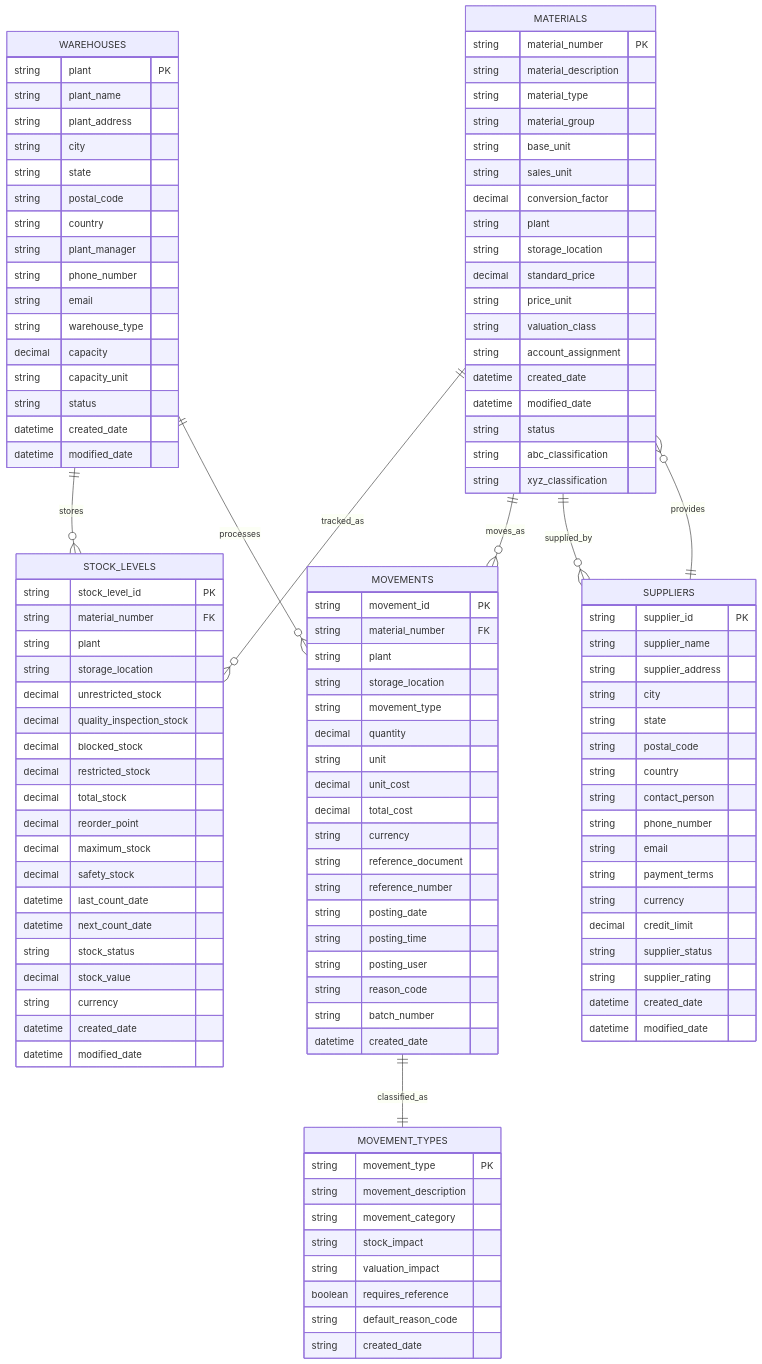
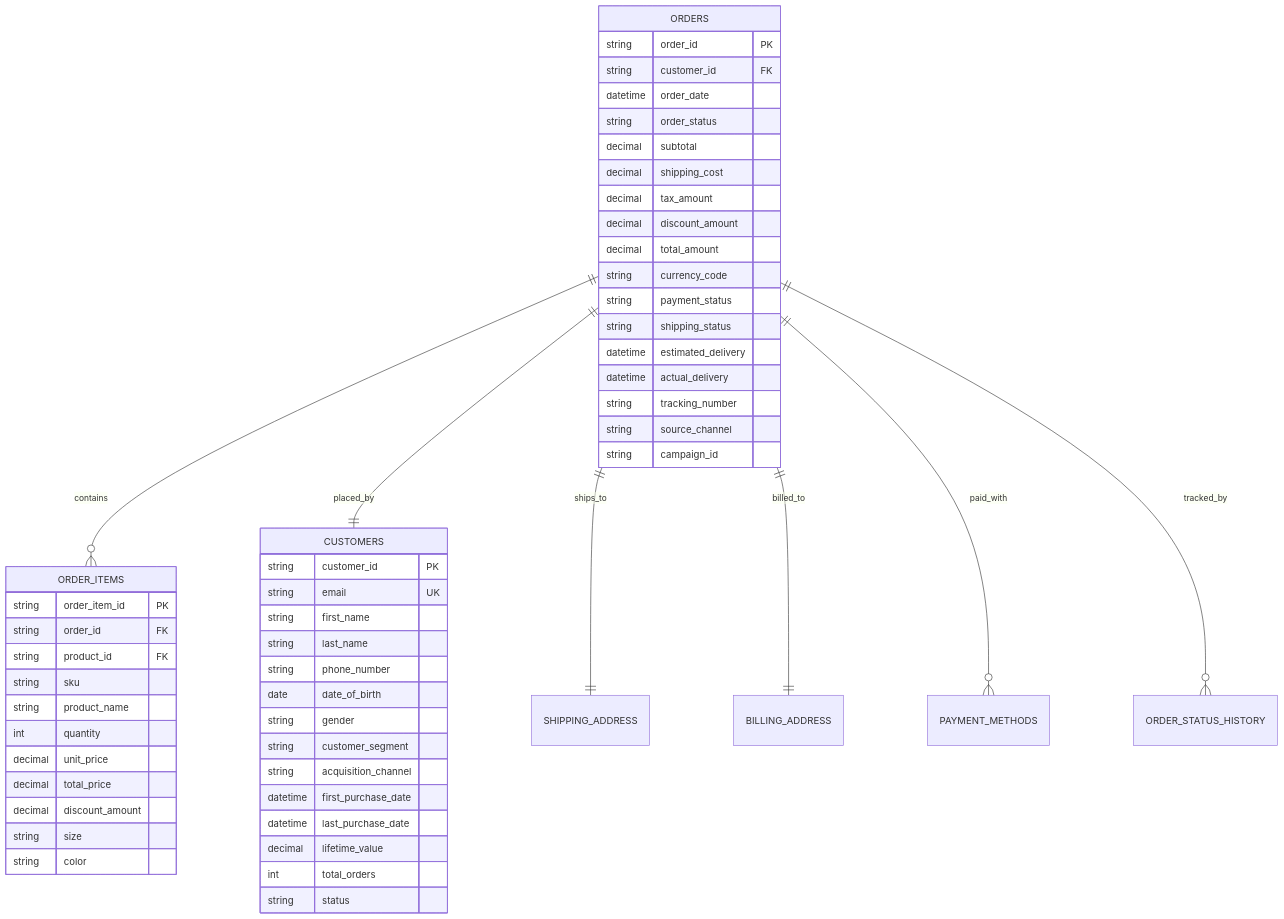
The fifth of 13 diagrams in project flow retail.md (EdukronCodes/Data-Engineering-Notes), drawn with Mermaid before and after one commit. The commit also changed other lines of this file, not shown here.

Commit message:
Update project flow retail.md

````diff
--- a/project flow retail.md
+++ b/project flow retail.md
@@ -866,124 +372,60 @@
 ```mermaid
 erDiagram
-    MATERIALS ||--o{ STOCK_LEVELS : tracked_as
-    MATERIALS ||--o{ MOVEMENTS : moves_as
-    MATERIALS ||--o{ SUPPLIERS : supplied_by
-    WAREHOUSES ||--o{ STOCK_LEVELS : stores
-    WAREHOUSES ||--o{ MOVEMENTS : processes
-    SUPPLIERS ||--o{ MATERIALS : provides
-    MOVEMENTS ||--|| MOVEMENT_TYPES : classified_as
+    ORDERS ||--o{ ORDER_ITEMS : contains
+    ORDERS ||--|| CUSTOMERS : placed_by
+    ORDERS ||--|| SHIPPING_ADDRESS : ships_to
+    ORDERS ||--|| BILLING_ADDRESS : billed_to
+    ORDERS ||--o{ PAYMENT_METHODS : paid_with
+    ORDERS ||--o{ ORDER_STATUS_HISTORY : tracked_by
     
-    MATERIALS {
-        string material_number PK
-        string material_description
-        string material_type
-        string material_group
-        string base_unit
-        string sales_unit
-        decimal conversion_factor
-        string plant
-        string storage_location
-        decimal standard_price
-        string price_unit
-        string valuation_class
-        string account_assignment
-        datetime created_date
-        datetime modified_date
-        string status
-        string abc_classification
-        string xyz_classification
+    ORDERS {
+        string order_id PK
+        string customer_id FK
+        datetime order_date
+        string order_status
+        decimal subtotal
+        decimal shipping_cost
+        decimal tax_amount
+        decimal discount_amount
+        decimal total_amount
+        string currency_code
+        string payment_status
+        string shipping_status
+        datetime estimated_delivery
+        datetime actual_delivery
+        string tracking_number
+        string source_channel
+        string campaign_id
     }
     
-    STOCK_LEVELS {
-        string stock_level_id PK
-        string material_number FK
-        string plant
-        string storage_location
-        decimal unrestricted_stock
-        decimal quality_inspection_stock
-        decimal blocked_stock
-        decimal restricted_stock
-        decimal total_stock
-        decimal reorder_point
-        decimal maximum_stock
-        decimal safety_stock
-        datetime last_count_date
-        datetime next_count_date
-        string stock_status
-        decimal stock_value
-        string currency
-        datetime created_date
-        datetime modified_date
+    ORDER_ITEMS {
+        string order_item_id PK
+        string order_id FK
+        string product_id FK
+        string sku
+        string product_name
+        int quantity
+        decimal unit_price
+        decimal total_price
+        decimal discount_amount
+        string size
+        string color
     }
     
-    MOVEMENTS {
-        string movement_id PK
-        string material_number FK
-        string plant
-        string storage_location
-        string movement_type
-        decimal quantity
-        string unit
-        decimal unit_cost
-        decimal total_cost
-        string currency
-        string reference_document
-        string reference_number
-        string posting_date
-        string posting_time
-        string posting_user
-        string reason_code
-        string batch_number
-        datetime created_date
-    }
-    
-    WAREHOUSES {
-        string plant PK
-        string plant_name
-        string plant_address
-        string city
-        string state
-        string postal_code
-        string country
-        string plant_manager
+    CUSTOMERS {
+        string customer_id PK
+        string email UK
+        string first_name
+        string last_name
         string phone_number
-        string email
-        string warehouse_type
-        decimal capacity
-        string capacity_unit
+        date date_of_birth
+        string gender
+        string customer_segment
+        string acquisition_channel
+        datetime first_purchase_date
+        datetime last_purchase_date
+        decimal lifetime_value
+        int total_orders
         string status
-        datetime created_date
-        datetime modified_date
-    }
-    
-    SUPPLIERS {
-        string supplier_id PK
-        string supplier_name
-        string supplier_address
-        string city
-        string state
-        string postal_code
-        string country
-        string contact_person
-        string phone_number
-        string email
-        string payment_terms
-        string currency
-        decimal credit_limit
-        string supplier_status
-        string supplier_rating
-        datetime created_date
-        datetime modified_date
-    }
-    
-    MOVEMENT_TYPES {
-        string movement_type PK
-        string movement_description
-        string movement_category
-        string stock_impact
-        string valuation_impact
-        boolean requires_reference
-        string default_reason_code
-        string created_date
     }
 ```
````
